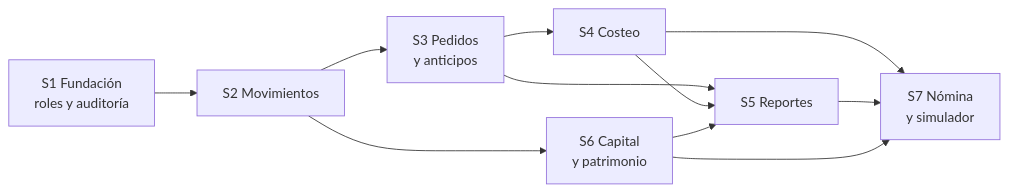
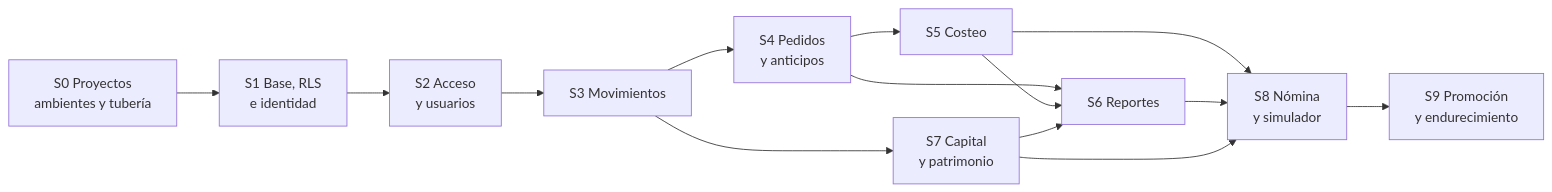
One commit to Juanchope039/Finanzas-PRISMA changed the second of 2 diagrams in docs/08-plan-de-desarrollo.md. Above: the diagram before and after it, drawn with Mermaid. The commit also changed other lines of this file and 33 other files, not shown here.

````diff
--- a/docs/08-plan-de-desarrollo.md
+++ b/docs/08-plan-de-desarrollo.md
@@ -279,13 +402,16 @@
 ```mermaid
 graph LR
-  S1[S1 Fundación<br/>roles y auditoría] --> S2[S2 Movimientos]
-  S2 --> S3[S3 Pedidos<br/>y anticipos]
-  S2 --> S6[S6 Capital<br/>y patrimonio]
-  S3 --> S4[S4 Costeo]
-  S3 --> S5[S5 Reportes]
-  S4 --> S5
-  S6 --> S5
-  S4 --> S7[S7 Nómina<br/>y simulador]
-  S5 --> S7
-  S6 --> S7
+  S0[S0 Proyectos<br/>ambientes y tubería] --> S1[S1 Base, RLS<br/>e identidad]
+  S1 --> S2[S2 Acceso<br/>y usuarios]
+  S2 --> S3[S3 Movimientos]
+  S3 --> S4[S4 Pedidos<br/>y anticipos]
+  S3 --> S7[S7 Capital<br/>y patrimonio]
+  S4 --> S5[S5 Costeo]
+  S4 --> S6[S6 Reportes]
+  S5 --> S6
+  S7 --> S6
+  S5 --> S8[S8 Nómina<br/>y simulador]
+  S6 --> S8
+  S7 --> S8
+  S8 --> S9[S9 Promoción<br/>y endurecimiento]
 ```
````
